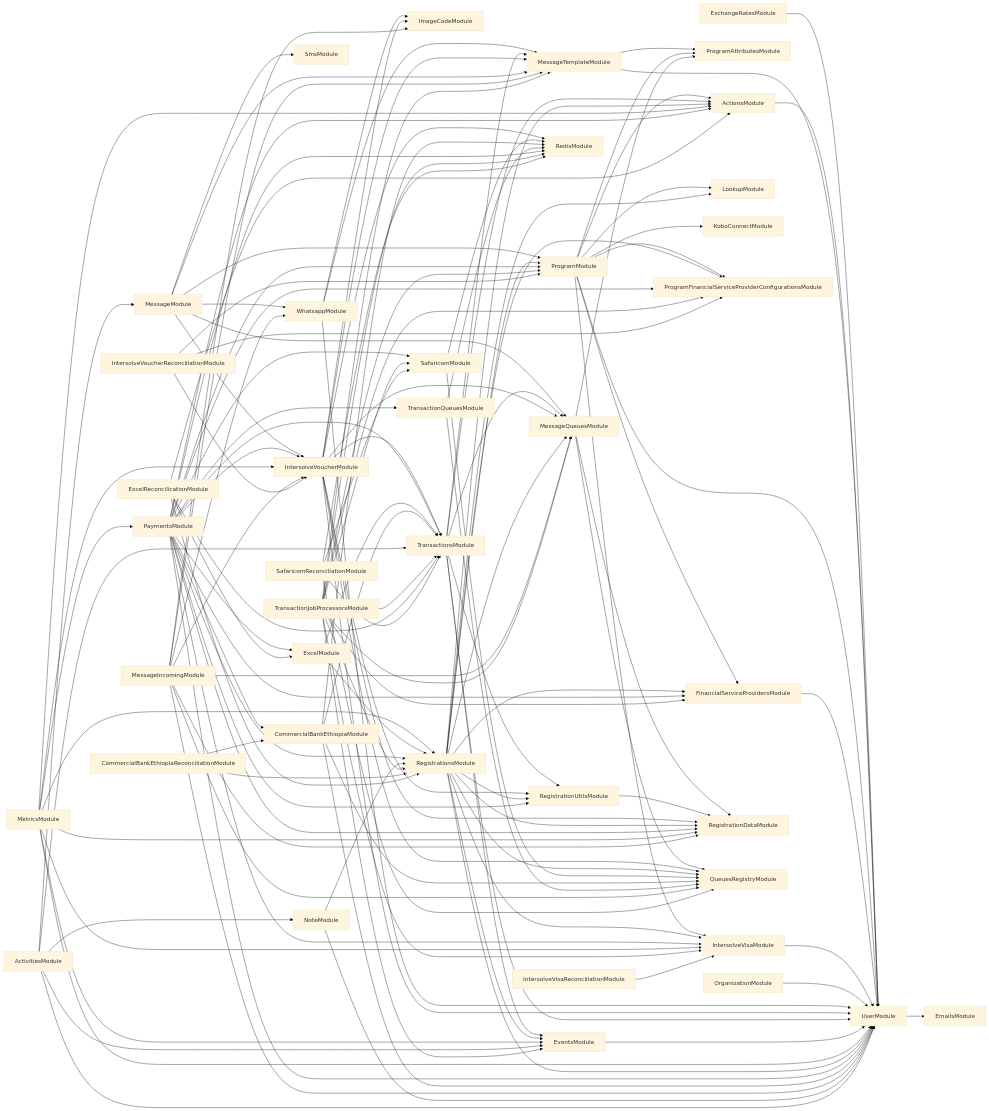
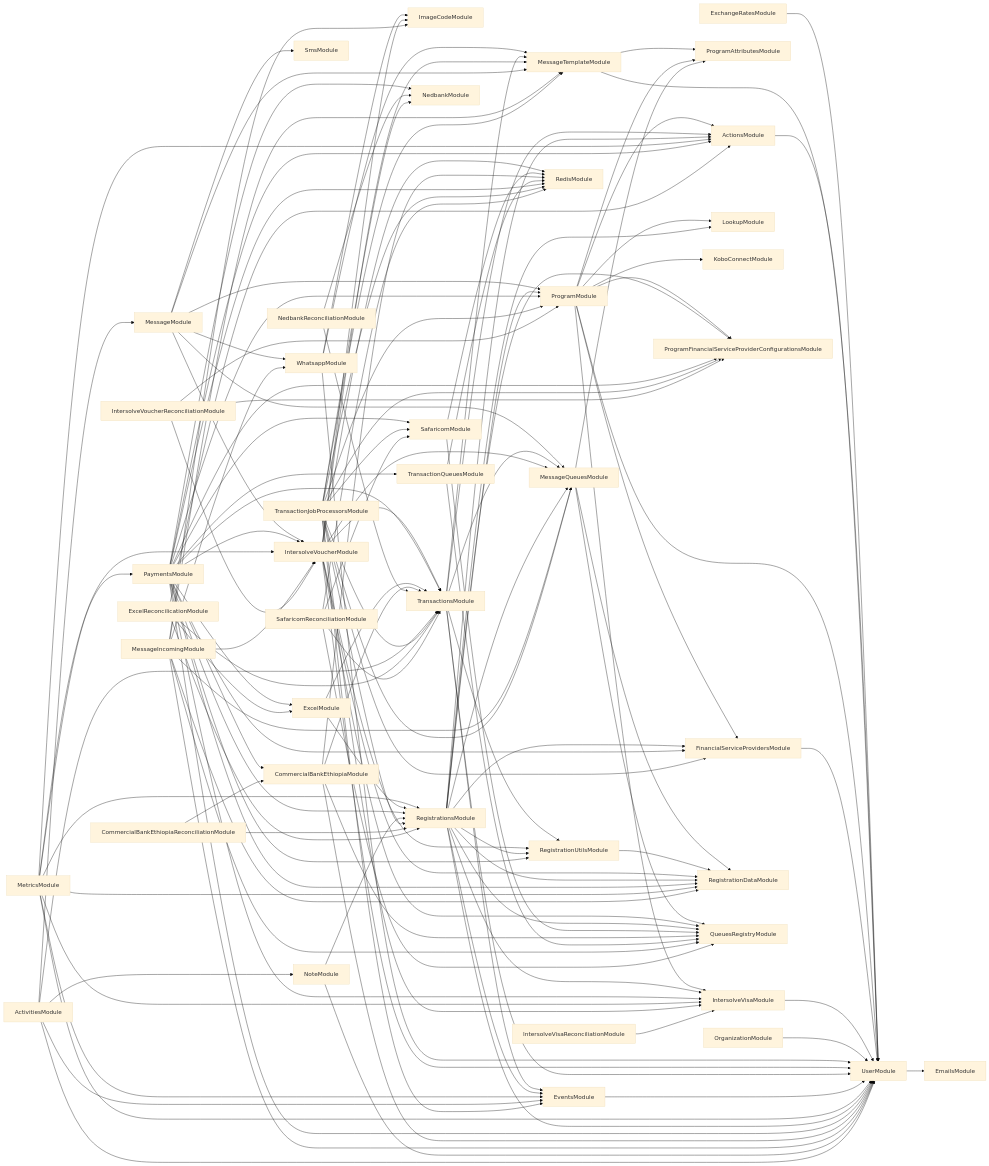
Before and after one commit to global-121/121-platform: the diagram in services/121-service/module-dependencies.md, drawn with Mermaid (base theme). The commit also changed 85 other files, not shown here.

```diff
--- a/services/121-service/module-dependencies.md
+++ b/services/121-service/module-dependencies.md
@@ -71,6 +71,7 @@
   PaymentsModule-->SafaricomModule
   SafaricomModule-->RedisModule
   SafaricomModule-->QueuesRegistryModule
+  PaymentsModule-->NedbankModule
   PaymentsModule-->ExcelModule
   ExcelModule-->TransactionsModule
   ExcelModule-->RegistrationsModule
@@ -101,6 +102,8 @@
   MessageIncomingModule-->MessageTemplateModule
   MessageIncomingModule-->RegistrationDataModule
   MessageIncomingModule-->QueuesRegistryModule
+  NedbankReconciliationModule-->NedbankModule
+  NedbankReconciliationModule-->TransactionsModule
   NoteModule-->RegistrationsModule
   NoteModule-->UserModule
   ActivitiesModule-->NoteModule
@@ -111,6 +114,7 @@
   TransactionJobProcessorsModule-->RedisModule
   TransactionJobProcessorsModule-->IntersolveVisaModule
   TransactionJobProcessorsModule-->SafaricomModule
+  TransactionJobProcessorsModule-->NedbankModule
   TransactionJobProcessorsModule-->ProgramFinancialServiceProviderConfigurationsModule
   TransactionJobProcessorsModule-->RegistrationsModule
   TransactionJobProcessorsModule-->ProgramModule
```
